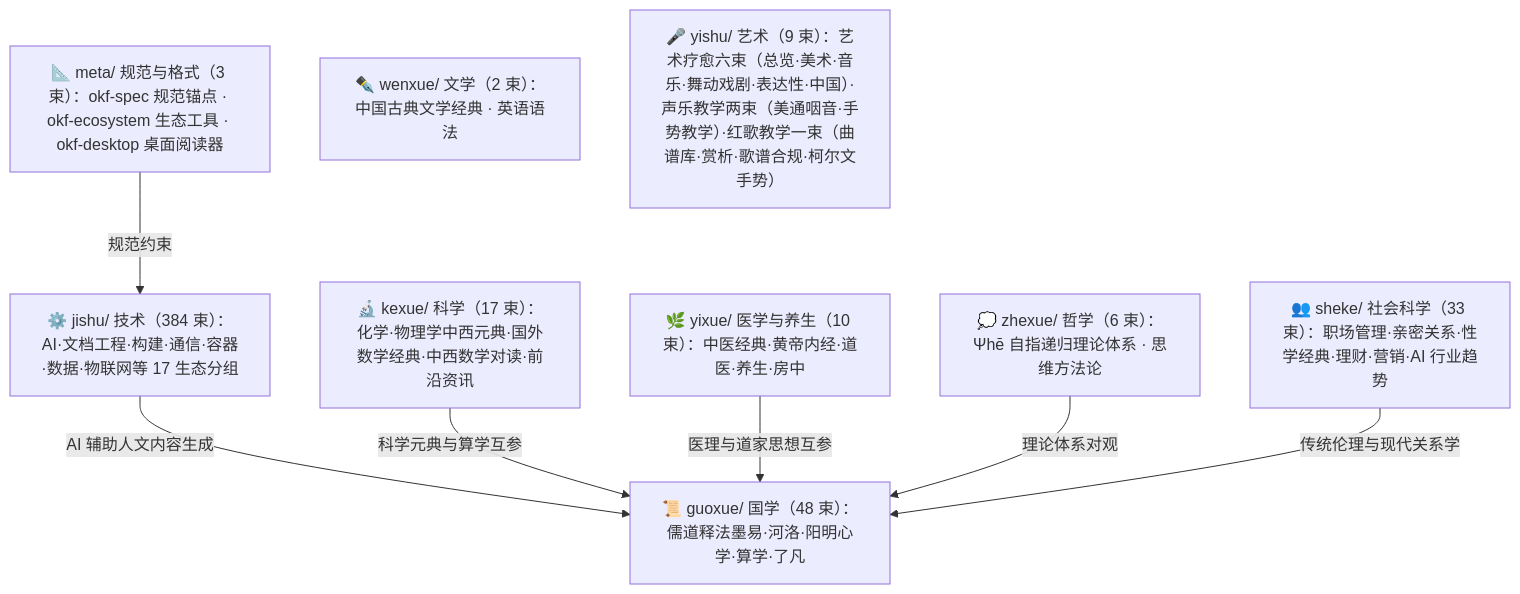
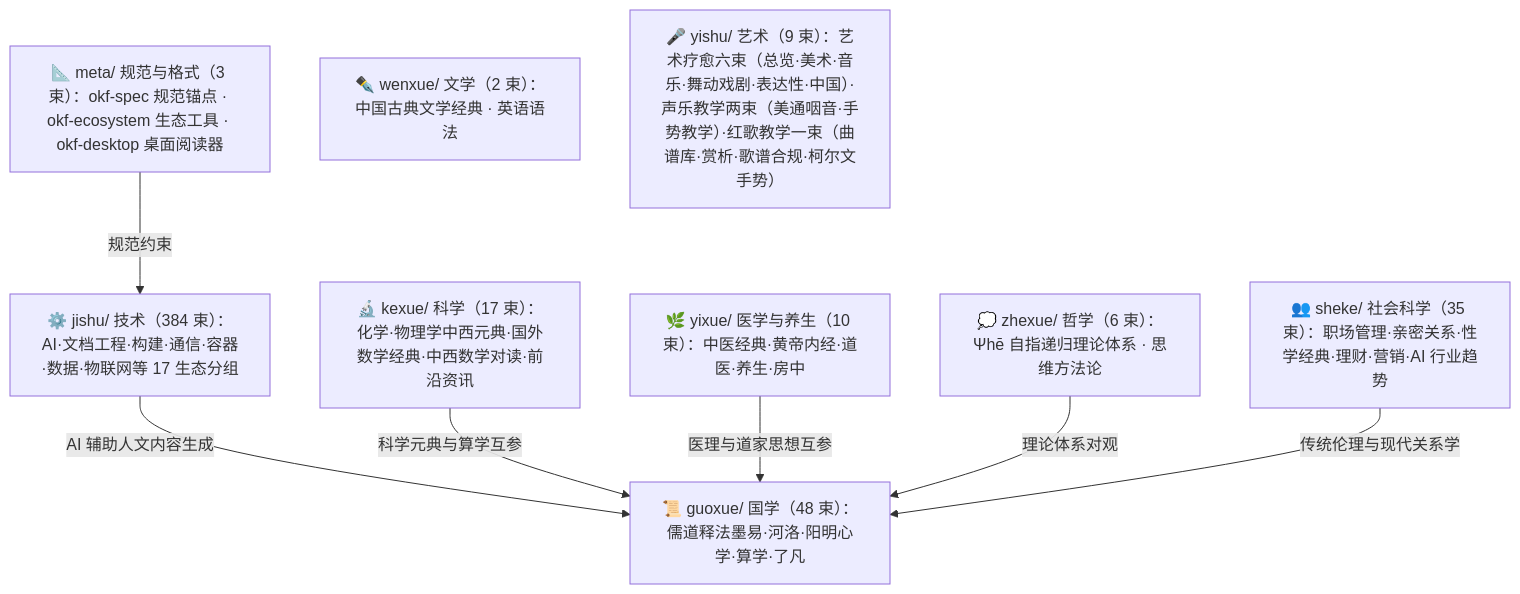
The diagram in doc/bundles/index.md (awesome-flexloop/awesome-okf), drawn with Mermaid before and after one commit. The commit also changed other lines of this file and 17 other files, not shown here.

````diff
--- a/doc/bundles/index.md
+++ b/doc/bundles/index.md
@@ -21,18 +21,18 @@
 ```mermaid
 flowchart TD
     meta["📐 meta/ 规范与格式（3 束）：okf-spec 规范锚点 · okf-ecosystem 生态工具 · okf-desktop 桌面阅读器"]
     guoxue["📜 guoxue/ 国学（48 束）：儒道释法墨易·河洛·阳明心学·算学·了凡"]
     zhexue["💭 zhexue/ 哲学（6 束）：Ψhē 自指递归理论体系 · 思维方法论"]
     kexue["🔬 kexue/ 科学（17 束）：化学·物理学中西元典·国外数学经典·中西数学对读·前沿资讯"]
     wenxue["✒️ wenxue/ 文学（2 束）：中国古典文学经典 · 英语语法"]
     yixue["🌿 yixue/ 医学与养生（10 束）：中医经典·黄帝内经·道医·养生·房中"]
-    sheke["👥 sheke/ 社会科学（33 束）：职场管理·亲密关系·性学经典·理财·营销·AI 行业趋势"]
+    sheke["👥 sheke/ 社会科学（35 束）：职场管理·亲密关系·性学经典·理财·营销·AI 行业趋势"]
     yishu["🎤 yishu/ 艺术（9 束）：艺术疗愈六束（总览·美术·音乐·舞动戏剧·表达性·中国）·声乐教学两束（美通咽音·手势教学）·红歌教学一束（曲谱库·赏析·歌谱合规·柯尔文手势）"]
     jishu["⚙️ jishu/ 技术（384 束）：AI·文档工程·构建·通信·容器·数据·物联网等 17 生态分组"]
     meta -->|"规范约束"| jishu
     jishu -->|"AI 辅助人文内容生成"| guoxue
     kexue -->|"科学元典与算学互参"| guoxue
     yixue -->|"医理与道家思想互参"| guoxue
     zhexue -->|"理论体系对观"| guoxue
     sheke -->|"传统伦理与现代关系学"| guoxue
 ```
````
